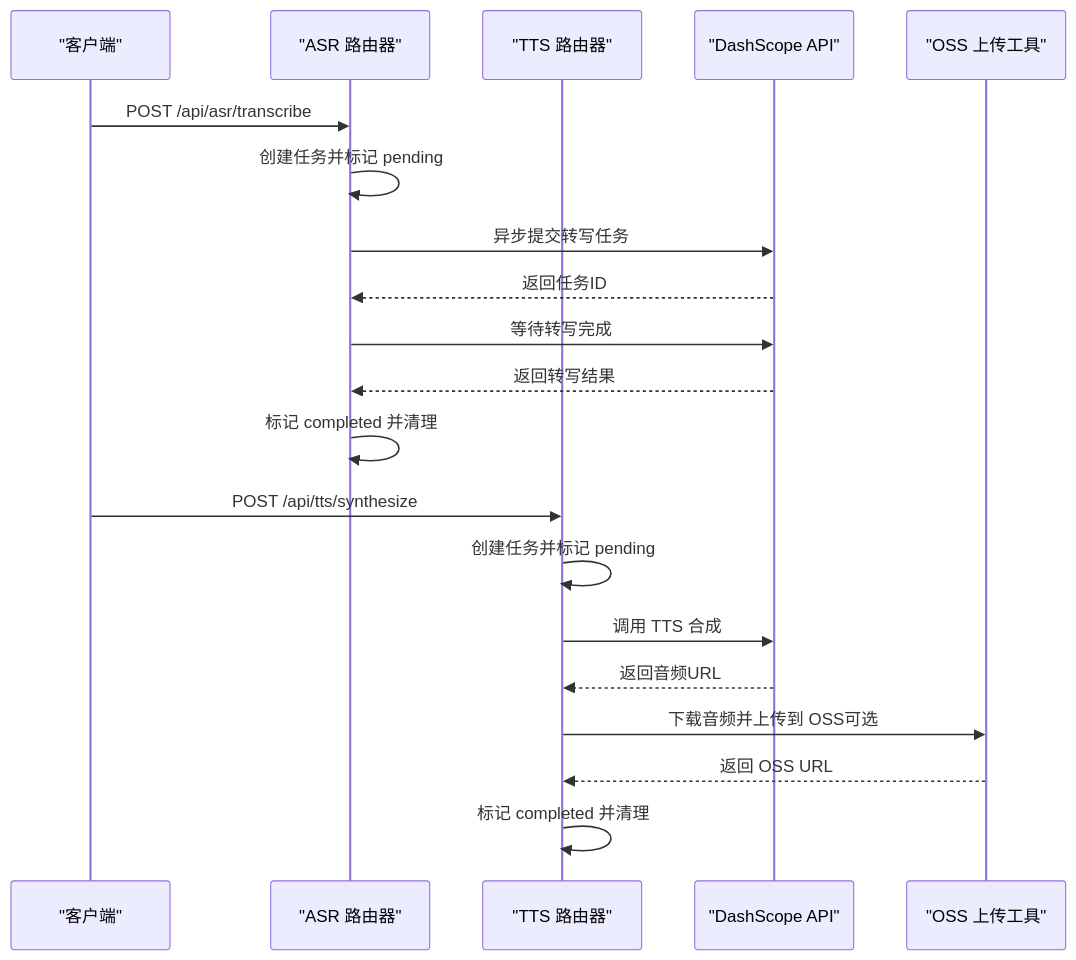
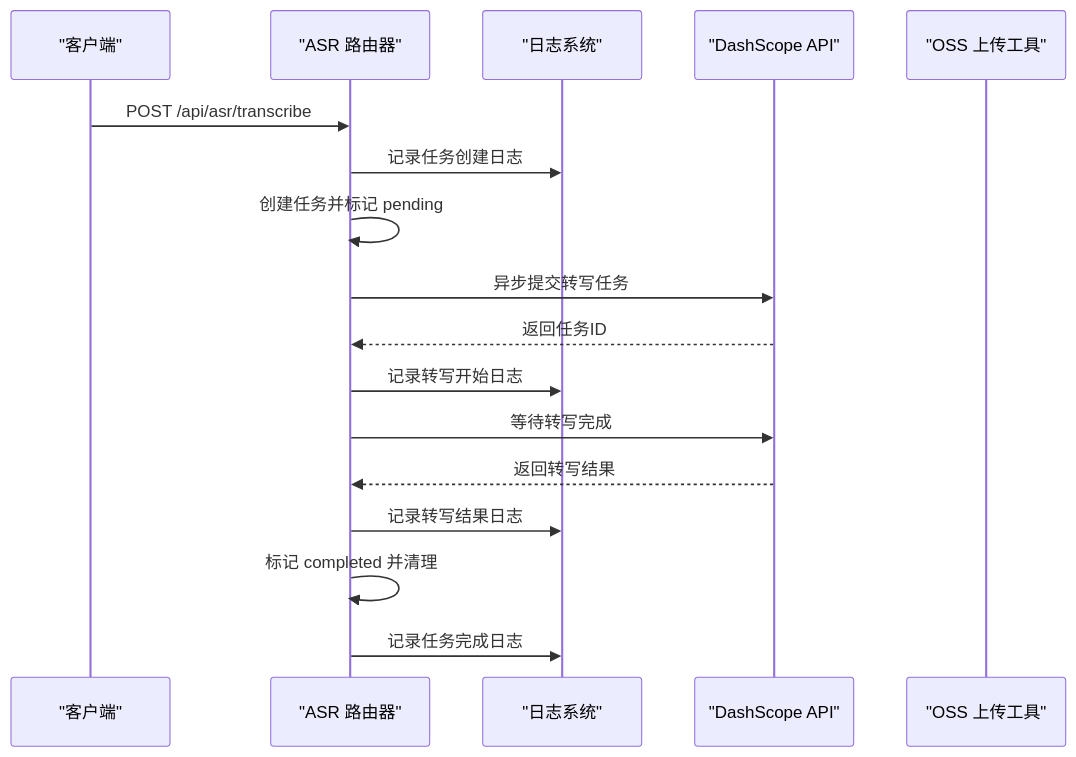
The second of 6 diagrams in .qoder/repowiki/zh/content/架构设计/核心组件详解/网关 API/语音转文字路由器.md (hbxfhrg/deer-flow), drawn with Mermaid before and after one commit. The commit also changed other lines of this file and 18 other files, not shown here.

````diff
--- a/.qoder/repowiki/zh/content/架构设计/核心组件详解/网关 API/语音转文字路由器.md
+++ b/.qoder/repowiki/zh/content/架构设计/核心组件详解/网关 API/语音转文字路由器.md
@@ -82,22 +91,19 @@
 ```mermaid
 sequenceDiagram
 participant Client as "客户端"
 participant ASR as "ASR 路由器"
-participant TTS as "TTS 路由器"
+participant Logger as "日志系统"
 participant DashScope as "DashScope API"
 participant OSS as "OSS 上传工具"
 Client->>ASR : POST /api/asr/transcribe
+ASR->>Logger : 记录任务创建日志
 ASR->>ASR : 创建任务并标记 pending
 ASR->>DashScope : 异步提交转写任务
 DashScope-->>ASR : 返回任务ID
+ASR->>Logger : 记录转写开始日志
 ASR->>DashScope : 等待转写完成
 DashScope-->>ASR : 返回转写结果
+ASR->>Logger : 记录转写结果日志
 ASR->>ASR : 标记 completed 并清理
-Client->>TTS : POST /api/tts/synthesize
-TTS->>TTS : 创建任务并标记 pending
-TTS->>DashScope : 调用 TTS 合成
-DashScope-->>TTS : 返回音频URL
-TTS->>OSS : 下载音频并上传到 OSS可选
-OSS-->>TTS : 返回 OSS URL
-TTS->>TTS : 标记 completed 并清理
+ASR->>Logger : 记录任务完成日志
 ```
````
